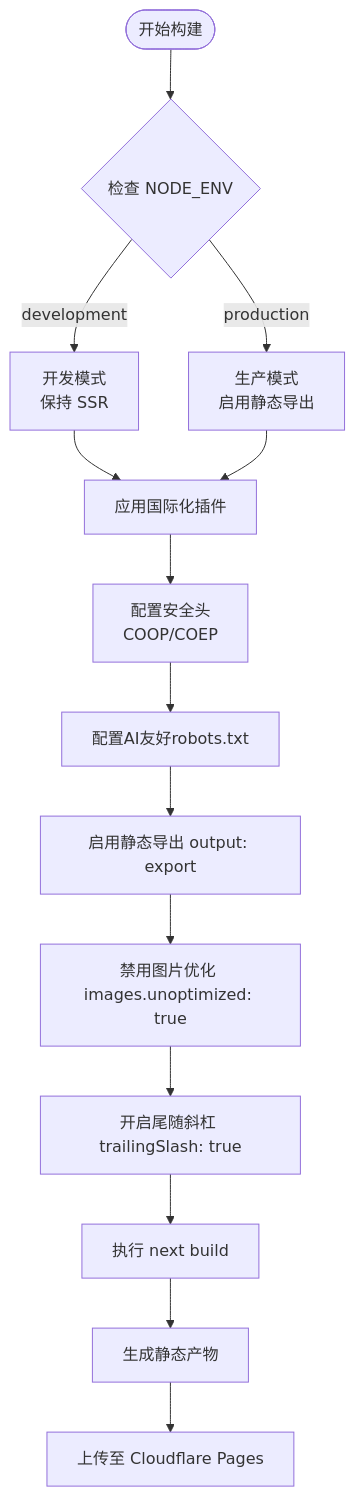
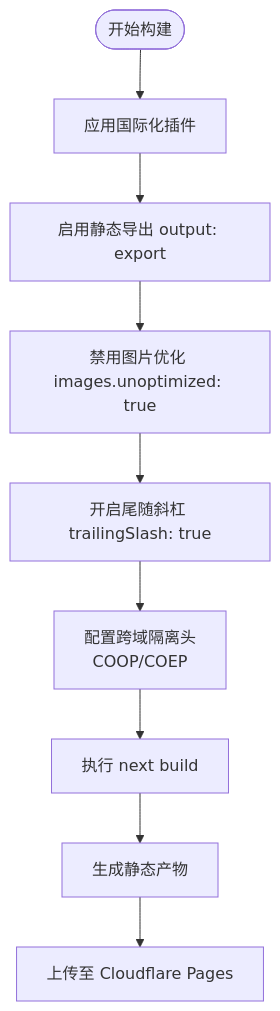
Before and after one commit to sgyy/privadeck: the third of 8 diagrams in .qoder/repowiki/zh/content/部署与维护.md, drawn with Mermaid. The commit also changed other lines of this file and 48 other files, not shown here.

````diff
--- a/.qoder/repowiki/zh/content/部署与维护.md
+++ b/.qoder/repowiki/zh/content/部署与维护.md
@@ -156,16 +120,11 @@
 ```mermaid
 flowchart TD
-Start(["开始构建"]) --> EnvCheck{"检查 NODE_ENV"}
-EnvCheck --> |development| DevMode["开发模式<br/>保持 SSR"]
-EnvCheck --> |production| ProdMode["生产模式<br/>启用静态导出"]
-DevMode --> Intl["应用国际化插件"]
-ProdMode --> Intl
-Intl --> Headers["配置安全头<br/>COOP/COEP"]
-Headers --> Robots["配置AI友好robots.txt"]
-Robots --> Export["启用静态导出 output: export"]
+Start(["开始构建"]) --> Intl["应用国际化插件"]
+Intl --> Export["启用静态导出 output: export"]
 Export --> Images["禁用图片优化 images.unoptimized: true"]
 Images --> Trailing["开启尾随斜杠 trailingSlash: true"]
-Trailing --> Build["执行 next build"]
+Trailing --> Headers["配置跨域隔离头<br/>COOP/COEP"]
+Headers --> Build["执行 next build"]
 Build --> Out["生成静态产物"]
 Out --> Deploy["上传至 Cloudflare Pages"]
 ```
````
